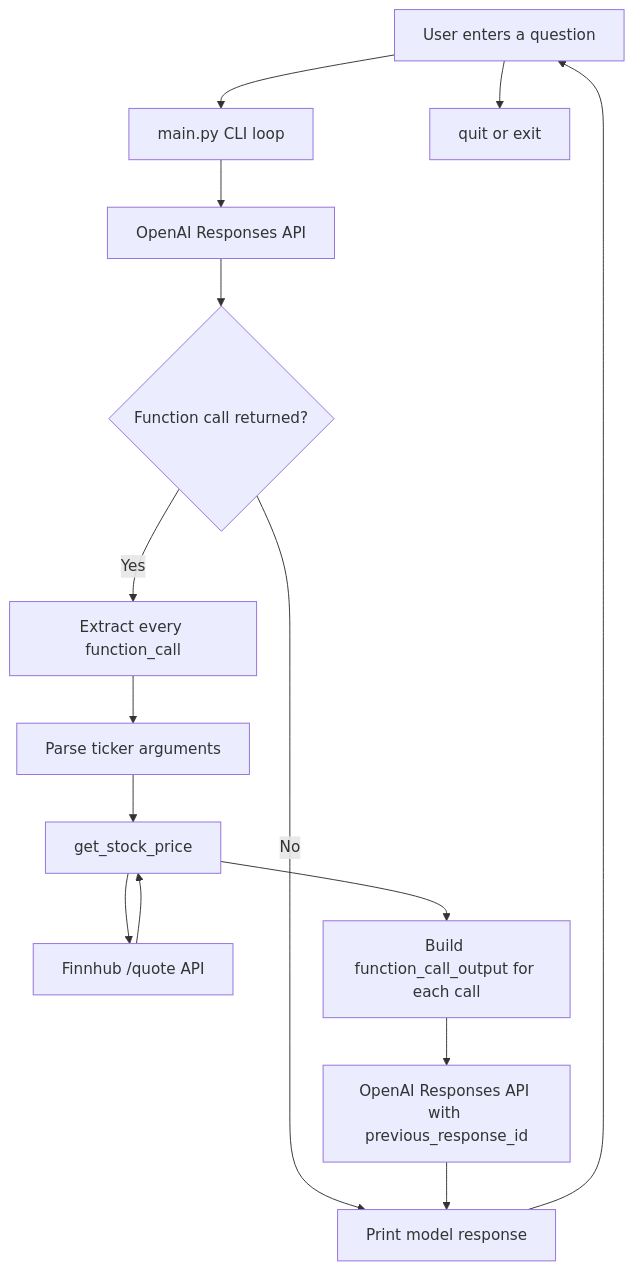
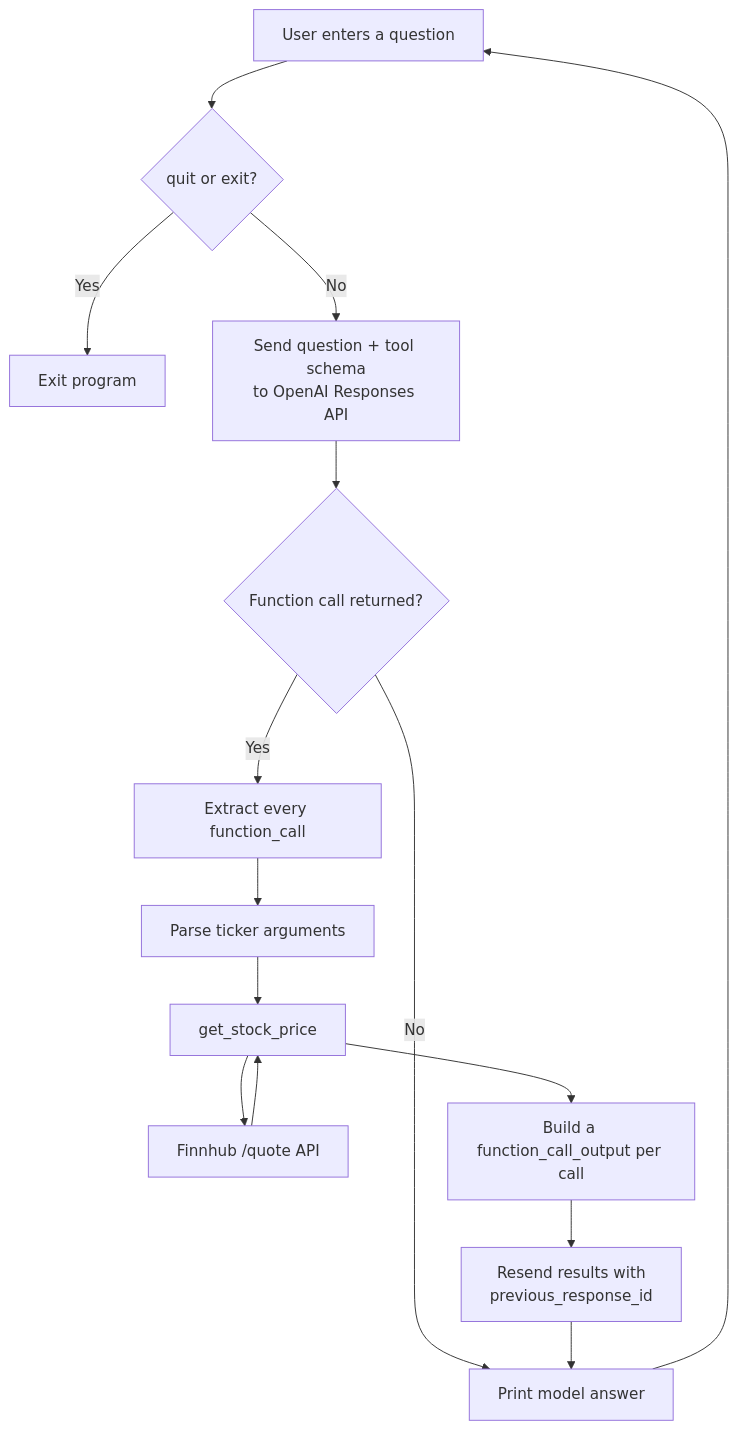
Before and after one commit to KiranGunturu/GenAI: the diagram in ToolCalling/README.md, drawn with Mermaid. The commit also changed other lines of this file and 1 other file, not shown here.

````diff
--- a/ToolCalling/README.md
+++ b/ToolCalling/README.md
@@ -16,17 +19,17 @@
 ```mermaid
 flowchart TD
-    A[User enters a question] --> B[main.py CLI loop]
-    B --> C[OpenAI Responses API]
+    A[User enters a question] --> B{quit or exit?}
+    B -- Yes --> Z[Exit program]
+    B -- No --> C[Send question + tool schema<br/>to OpenAI Responses API]
     C --> D{Function call returned?}
-    D -- No --> E[Print model response]
+    D -- No --> E[Print model answer]
     D -- Yes --> F[Extract every function_call]
     F --> G[Parse ticker arguments]
     G --> H[get_stock_price]
     H --> I[Finnhub /quote API]
     I --> H
-    H --> J[Build function_call_output for each call]
-    J --> K[OpenAI Responses API with previous_response_id]
+    H --> J[Build a function_call_output per call]
+    J --> K[Resend results with<br/>previous_response_id]
     K --> E
     E --> A
-    A --> L[quit or exit]
 ```
````
